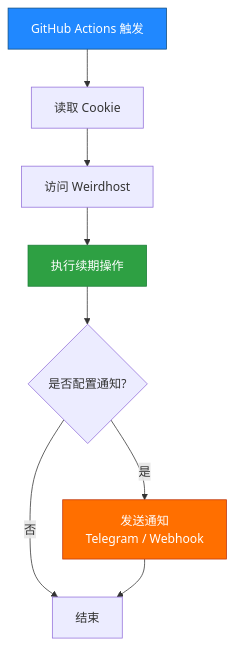
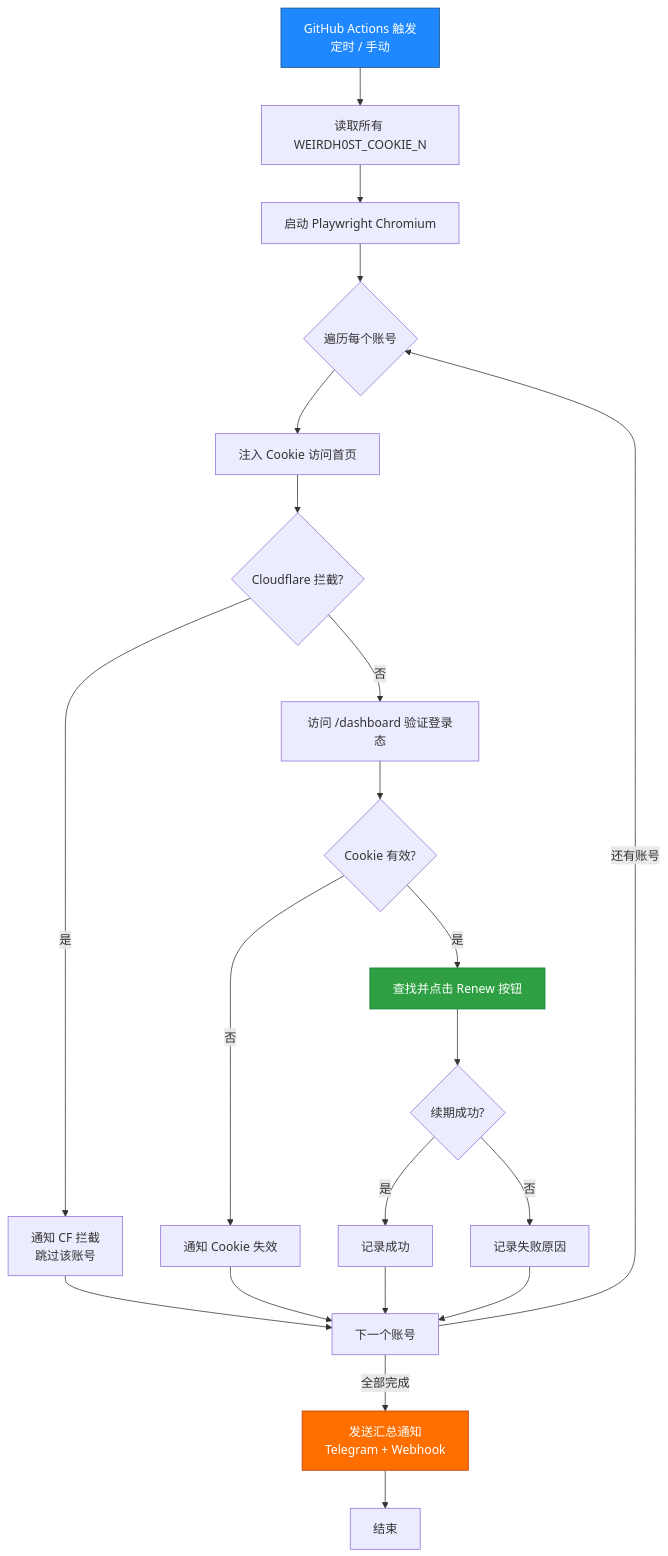
Before and after one commit to weikkadd/wdsaf: the first of 2 diagrams in README.md, drawn with Mermaid. The commit also changed other lines of this file and 2 other files, not shown here.

First line of the commit message:
fix: rewrite renew.py with cookie mode + multi-account + dual notifications

````diff
--- a/README.md
+++ b/README.md
@@ -153,14 +174,27 @@
 ```mermaid
 flowchart TD
-    A[GitHub Actions 触发] --> B[读取 Cookie]
-    B --> C[访问 Weirdhost]
-    C --> D[执行续期操作]
-    D --> E{是否配置通知?}
-    E -->|是| F[发送通知<br/>Telegram / Webhook]
-    E -->|否| G[结束]
-    F --> G
+    A[GitHub Actions 触发<br/>定时 / 手动] --> B[读取所有 WEIRDH0ST_COOKIE_N]
+    B --> C[启动 Playwright Chromium]
+    C --> D{遍历每个账号}
+    D --> E[注入 Cookie 访问首页]
+    E --> F{Cloudflare 拦截?}
+    F -->|是| G[通知 CF 拦截<br/>跳过该账号]
+    F -->|否| H[访问 /dashboard 验证登录态]
+    H --> I{Cookie 有效?}
+    I -->|否| J[通知 Cookie 失效]
+    I -->|是| K[查找并点击 Renew 按钮]
+    K --> L{续期成功?}
+    L -->|是| M[记录成功]
+    L -->|否| N[记录失败原因]
+    G --> O[下一个账号]
+    J --> O
+    M --> O
+    N --> O
+    O -->|还有账号| D
+    O -->|全部完成| P[发送汇总通知<br/>Telegram + Webhook]
+    P --> Q[结束]
 
     style A fill:#2088FF,stroke:#0F4C81,color:#fff
-    style D fill:#2EA043,stroke:#1A7F37,color:#fff
-    style F fill:#FF6F00,stroke:#BF360C,color:#fff
+    style K fill:#2EA043,stroke:#1A7F37,color:#fff
+    style P fill:#FF6F00,stroke:#BF360C,color:#fff
 ```
````
